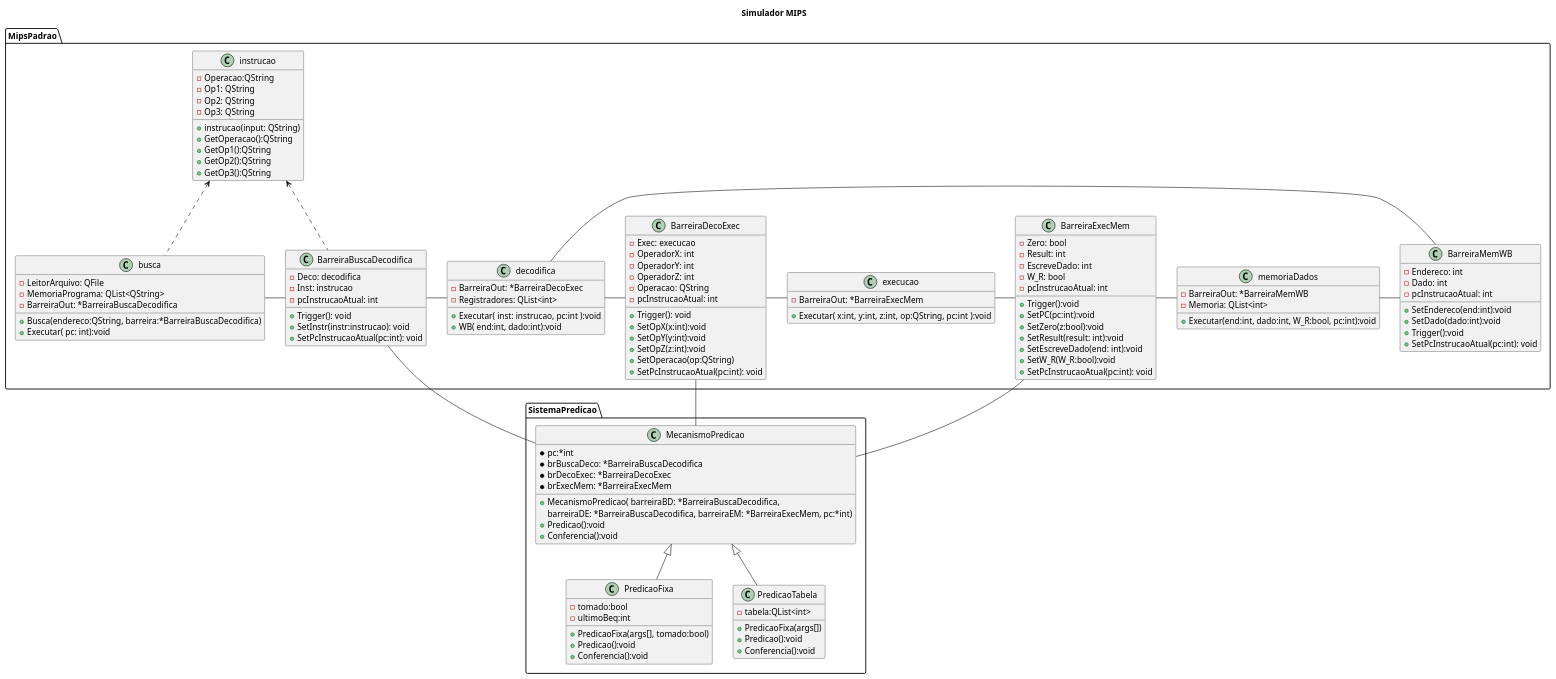
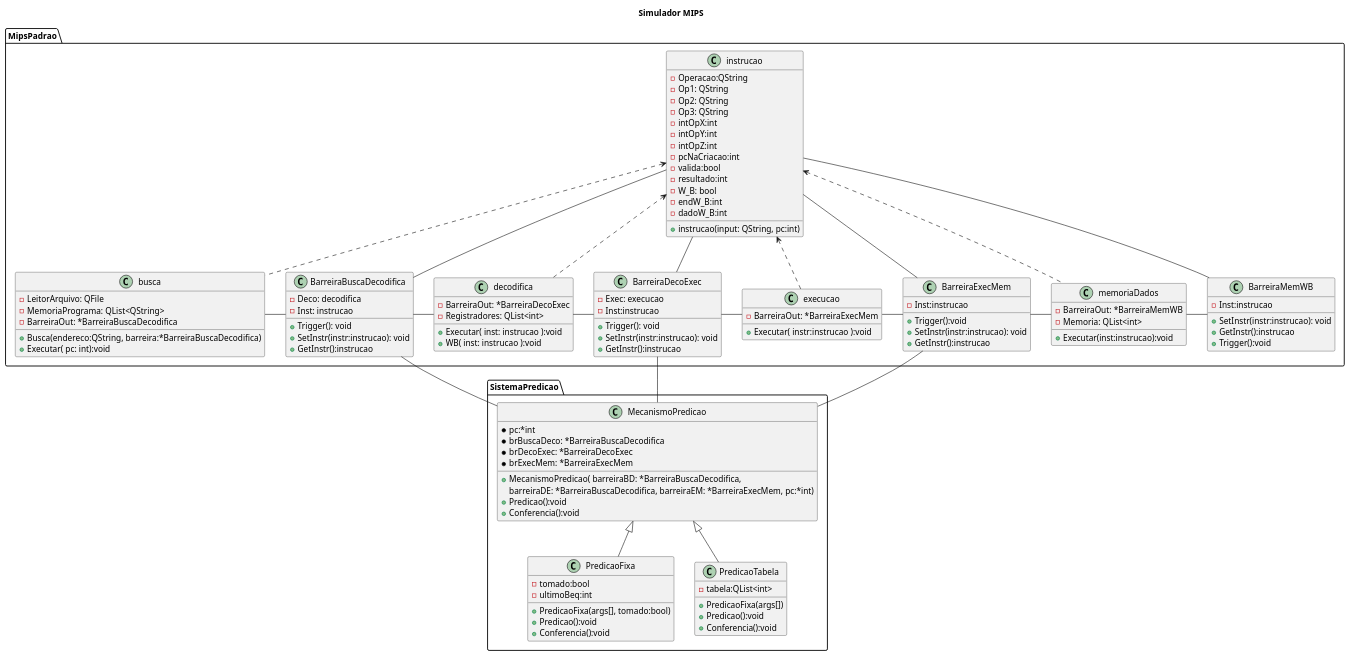
Before and after one commit to vlovini/ARQI_Mips_Simulator: the diagram in UML.wsd, drawn with PlantUML. The commit also changed 1 other file, not shown here.

```diff
--- a/UML.wsd
+++ b/UML.wsd
@@ -1,130 +1,122 @@
 @startuml
 Title Simulador MIPS
 package MipsPadrao{
     class busca{
         - LeitorArquivo: QFile
         - MemoriaPrograma: QList<QString>
         - BarreiraOut: *BarreiraBuscaDecodifica
 
         + Busca(endereco:QString, barreira:*BarreiraBuscaDecodifica)
         + Executar( pc: int):void
 
     }
     class BarreiraBuscaDecodifica{
         - Deco: decodifica
         - Inst: instrucao
-        - pcInstrucaoAtual: int
         + Trigger(): void
         + SetInstr(instr:instrucao): void
-        + SetPcInstrucaoAtual(pc:int): void
+        + GetInstr():instrucao
     }
     class decodifica{
         - BarreiraOut: *BarreiraDecoExec
         - Registradores: QList<int>
-        + Executar( inst: instrucao, pc:int ):void
-        + WB( end:int, dado:int):void
+        + Executar( inst: instrucao ):void
+        + WB( inst: instrucao ):void
     }
     class BarreiraDecoExec{
         - Exec: execucao
-        - OperadorX: int
-        - OperadorY: int
-        - OperadorZ: int
-        - Operacao: QString
-        - pcInstrucaoAtual: int
+        - Inst:instrucao
         + Trigger(): void
-        + SetOpX(x:int):void
-        + SetOpY(y:int):void
-        + SetOpZ(z:int):void
-        + SetOperacao(op:QString)
-        + SetPcInstrucaoAtual(pc:int): void
+        + SetInstr(instr:instrucao): void
+        + GetInstr():instrucao
 
     }
     class execucao{
         - BarreiraOut: *BarreiraExecMem
-        + Executar( x:int, y:int, z:int, op:QString, pc:int ):void
+        + Executar( instr:instrucao ):void
     }
     class BarreiraExecMem{
-        - Zero: bool
-        - Result: int
-        - EscreveDado: int
-        - W_R: bool
-        - pcInstrucaoAtual: int
+        - Inst:instrucao
         + Trigger():void
-        + SetPC(pc:int):void
-        + SetZero(z:bool):void
-        + SetResult(result: int):void
-        + SetEscreveDado(end: int):void
-        + SetW_R(W_R:bool):void
-        + SetPcInstrucaoAtual(pc:int): void
+        + SetInstr(instr:instrucao): void
+        + GetInstr():instrucao
     }
     class memoriaDados{
         - BarreiraOut: *BarreiraMemWB 
         - Memoria: QList<int>
-        +Executar(end:int, dado:int, W_R:bool, pc:int):void
+        + Executar(inst:instrucao):void
     }
     class BarreiraMemWB{
-        - Endereco: int
-        - Dado: int
-        - pcInstrucaoAtual: int
-        + SetEndereco(end:int):void
-        + SetDado(dado:int):void
+        - Inst:instrucao
+        + SetInstr(instr:instrucao): void
+        + GetInstr():instrucao
         + Trigger():void
-        + SetPcInstrucaoAtual(pc:int): void
     }
     class instrucao{
     - Operacao:QString
     - Op1: QString
     - Op2: QString
     - Op3: QString
-    + instrucao(input: QString)
-    + GetOperacao():QString
-    + GetOp1():QString
-    + GetOp2():QString
-    + GetOp3():QString
+    - intOpX:int
+    - intOpY:int
+    - intOpZ:int
+    - pcNaCriacao:int
+    - valida:bool
+    - resultado:int
+    - W_B: bool
+    - endW_B:int
+    - dadoW_B:int
+    + instrucao(input: QString, pc:int)
+
 }
 }
 package SistemaPredicao{
     class MecanismoPredicao{
         +MecanismoPredicao( barreiraBD: *BarreiraBuscaDecodifica, 
         barreiraDE: *BarreiraBuscaDecodifica, barreiraEM: *BarreiraExecMem, pc:*int)
         *pc:*int
         *brBuscaDeco: *BarreiraBuscaDecodifica
         *brDecoExec: *BarreiraDecoExec
         *brExecMem: *BarreiraExecMem
         +Predicao():void
         +Conferencia():void
     }
     class PredicaoFixa{
         -tomado:bool
         -ultimoBeq:int
         +PredicaoFixa(args[], tomado:bool)
         +Predicao():void
         +Conferencia():void
     }
     class PredicaoTabela{
         -tabela:QList<int>
         +PredicaoFixa(args[])
         +Predicao():void
         +Conferencia():void
     }
 }
 
 busca - BarreiraBuscaDecodifica
 busca .up.> instrucao
 BarreiraBuscaDecodifica - decodifica
 decodifica - BarreiraDecoExec
+decodifica .up.> instrucao
 BarreiraDecoExec - execucao
+BarreiraDecoExec -up-instrucao
 execucao - BarreiraExecMem
+execucao .up.> instrucao
 BarreiraExecMem -right- memoriaDados
+BarreiraExecMem -up-instrucao
 memoriaDados -right- BarreiraMemWB
-BarreiraMemWB -left-- decodifica
-BarreiraBuscaDecodifica .up.> instrucao
+BarreiraMemWB -up-instrucao
+memoriaDados .up.> instrucao
+BarreiraBuscaDecodifica -up- instrucao
 MecanismoPredicao <|-down- PredicaoFixa
 MecanismoPredicao <|-down- PredicaoTabela
 
 MecanismoPredicao -up- BarreiraBuscaDecodifica
 MecanismoPredicao -up- BarreiraDecoExec
 MecanismoPredicao -up- BarreiraExecMem
 
 
 @enduml
```
